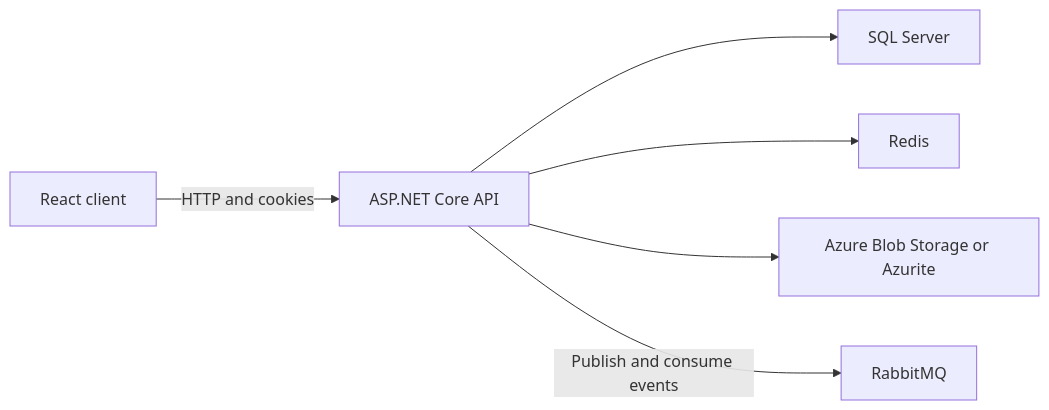
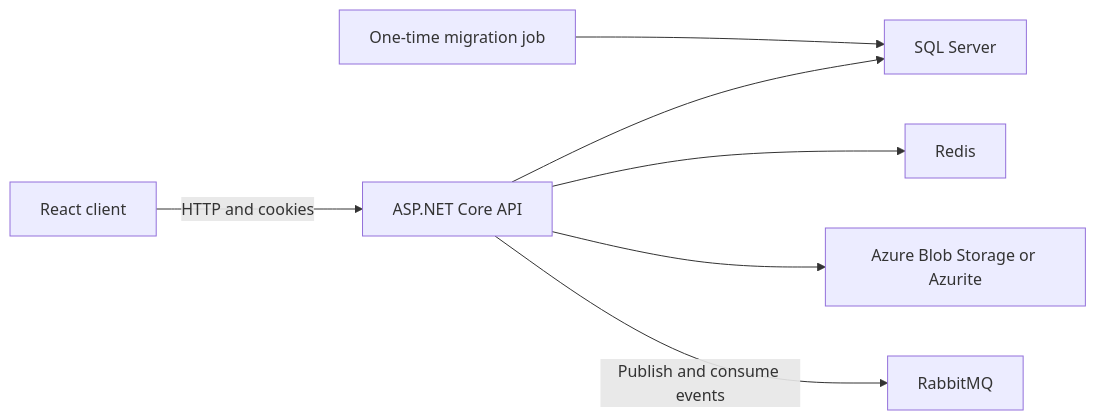
The diagram in README.md (adheebabdulla007/pursuit), drawn with Mermaid before and after one commit. The commit also changed other lines of this file and 3 other files, not shown here.

````diff
--- a/README.md
+++ b/README.md
@@ -78,8 +88,9 @@
 ```mermaid
 flowchart LR
     browser["React client"] -->|HTTP and cookies| api["ASP.NET Core API"]
+    migration["One-time migration job"] --> sql["SQL Server"]
     api --> sql["SQL Server"]
     api --> redis["Redis"]
     api --> blob["Azure Blob Storage or Azurite"]
     api -->|Publish and consume events| rabbitmq["RabbitMQ"]
 ```
````
